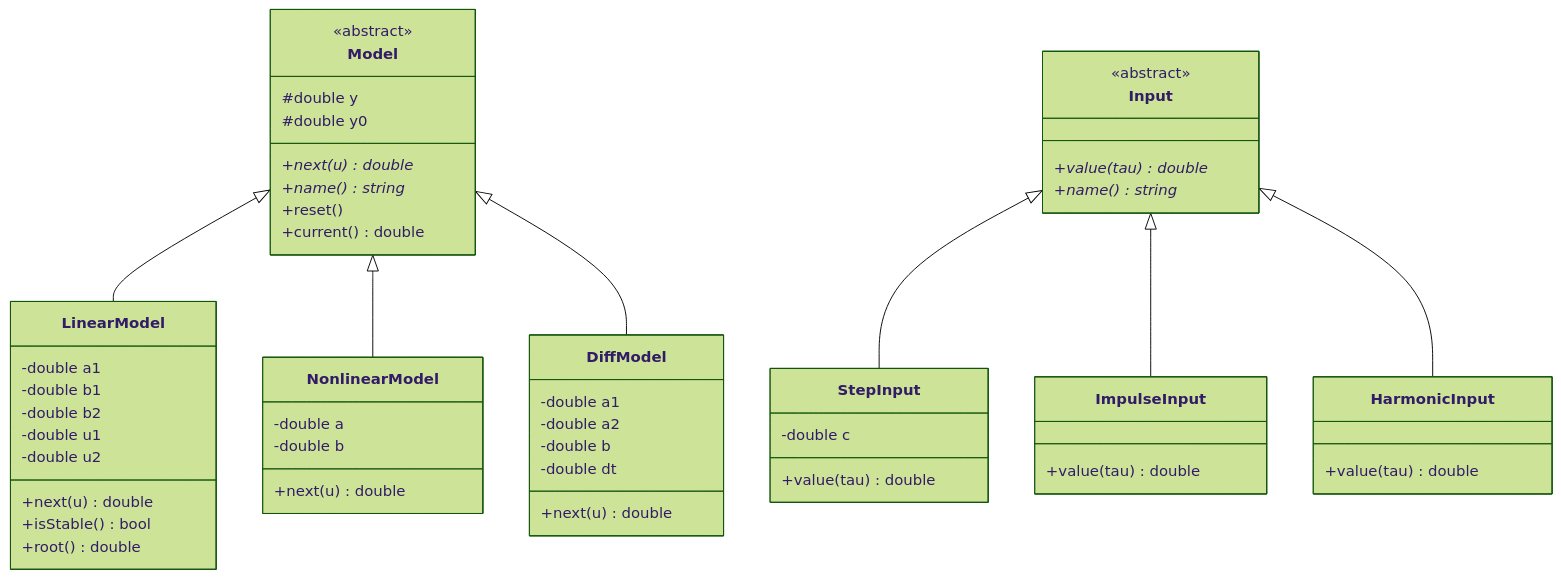
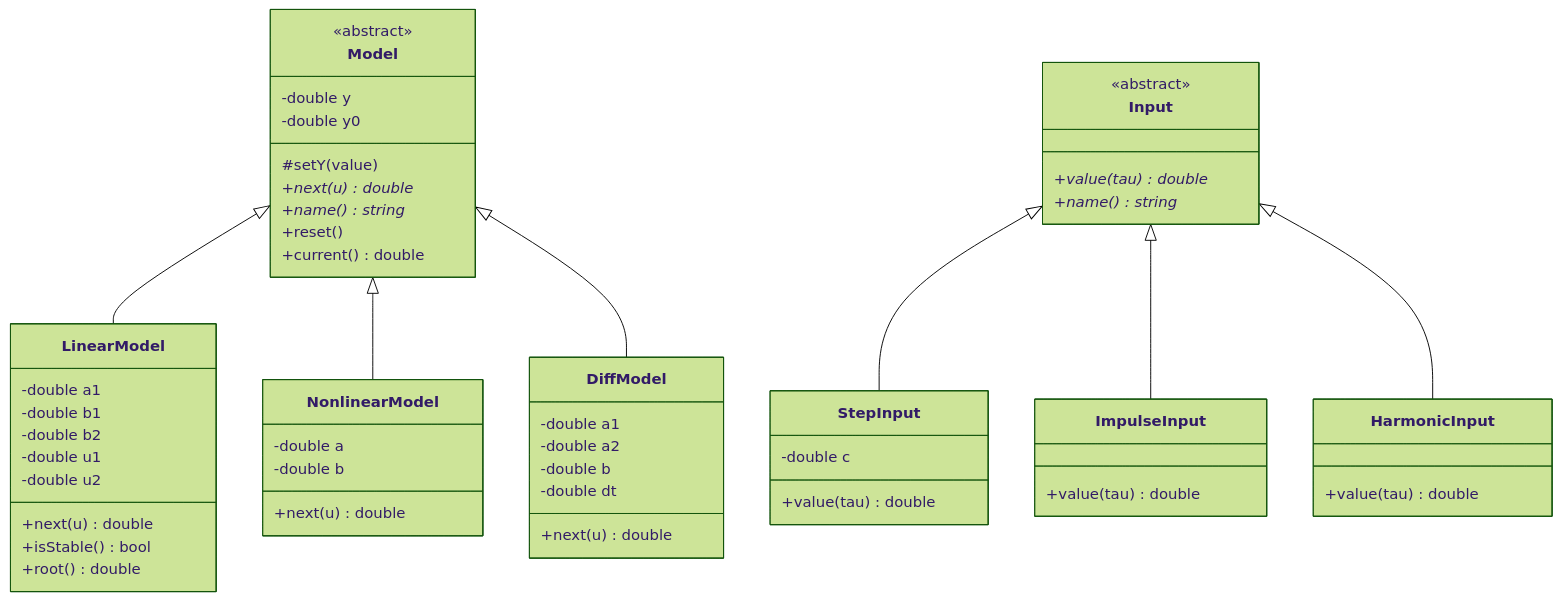
One commit to Meytcz/OTIS-2026 changed the diagram in trunk/ii03023/task_01/doc/readme.md. Above: the diagram before and after it, drawn with Mermaid (forest theme). The commit also changed 3 other files, not shown here.

````diff
--- a/trunk/ii03023/task_01/doc/readme.md
+++ b/trunk/ii03023/task_01/doc/readme.md
@@ -105,56 +105,57 @@
 ```mermaid
 classDiagram
     class Model {
         <<abstract>>
-        #double y
-        #double y0
+        -double y
+        -double y0
+        #setY(value)
         +next(u) double*
         +name() string*
         +reset()
         +current() double
     }
     class LinearModel {
         -double a1
         -double b1
         -double b2
         -double u1
         -double u2
         +next(u) double
         +isStable() bool
         +root() double
     }
     class NonlinearModel {
         -double a
         -double b
         +next(u) double
     }
     class DiffModel {
         -double a1
         -double a2
         -double b
         -double dt
         +next(u) double
     }
     class Input {
         <<abstract>>
         +value(tau) double*
         +name() string*
     }
     class StepInput {
         -double c
         +value(tau) double
     }
     class ImpulseInput {
         +value(tau) double
     }
     class HarmonicInput {
         +value(tau) double
     }
 
     Model <|-- LinearModel
     Model <|-- NonlinearModel
     Model <|-- DiffModel
     Input <|-- StepInput
     Input <|-- ImpulseInput
     Input <|-- HarmonicInput
 ```
````
